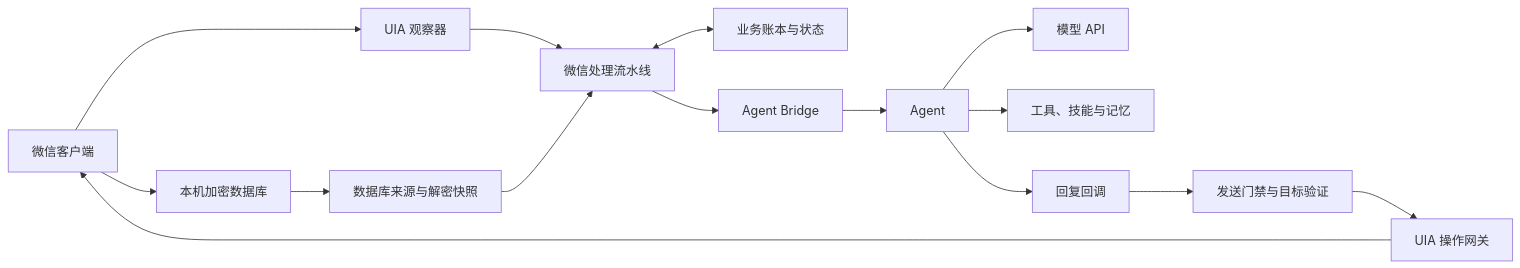
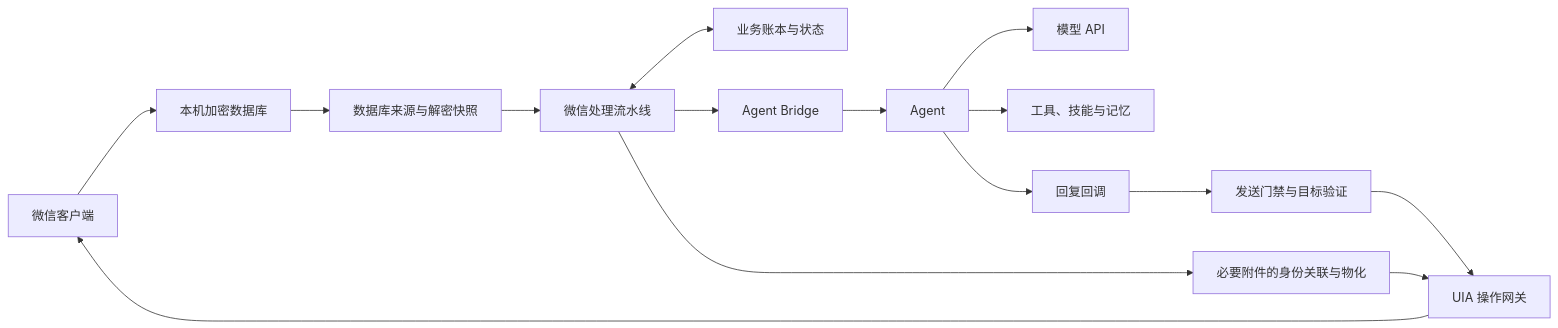
Before and after one commit to yansiao1227/fake-wx-account: the first of 2 diagrams in README.md, drawn with Mermaid. The commit also changed other lines of this file and 67 other files, not shown here.

````diff
--- a/README.md
+++ b/README.md
@@ -131,17 +130,17 @@
 ```mermaid
 flowchart LR
-    W["微信客户端"] --> U["UIA 观察器"]
-    W --> X["本机加密数据库"]
+    W["微信客户端"] --> X["本机加密数据库"]
     X --> D["数据库来源与解密快照"]
-    U --> P["微信处理流水线"]
-    D --> P
+    D --> P["微信处理流水线"]
     P <--> S["业务账本与状态"]
     P --> B["Agent Bridge"]
     B --> A["Agent"]
     A --> M["模型 API"]
     A --> T["工具、技能与记忆"]
     A --> R["回复回调"]
     R --> V["发送门禁与目标验证"]
     V --> G["UIA 操作网关"]
     G --> W
+    P --> F["必要附件的身份关联与物化"]
+    F --> G
 ```
````
